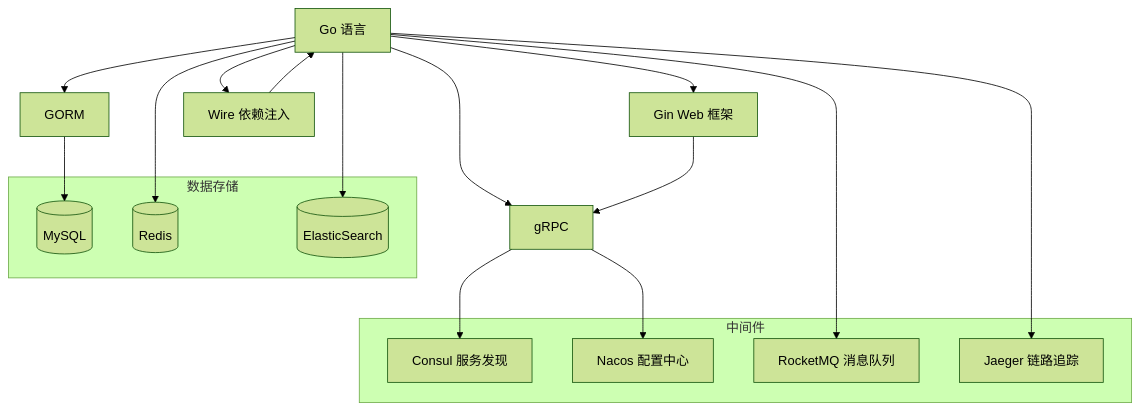
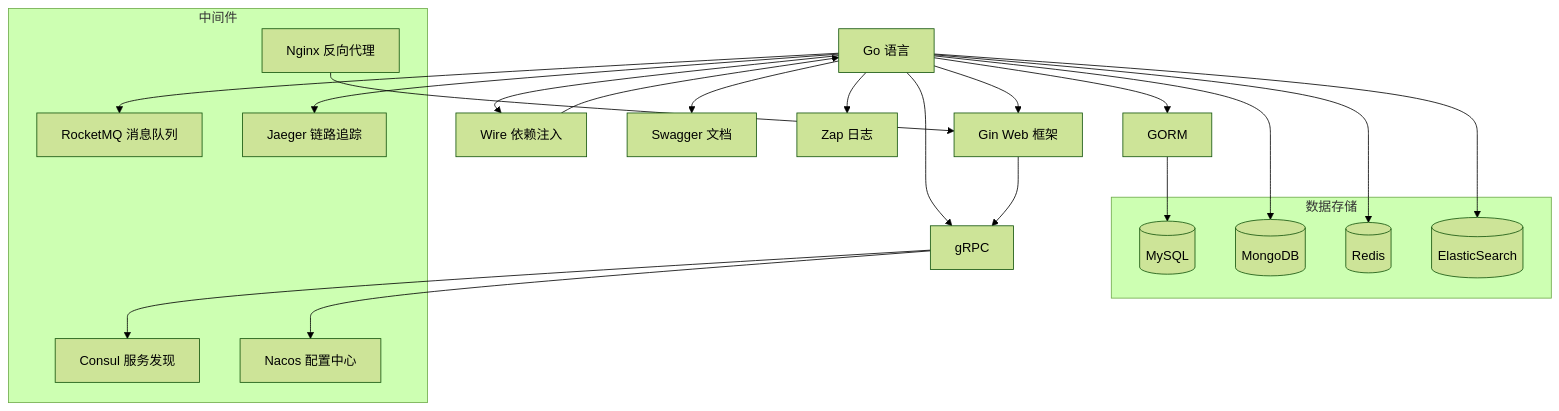
One commit to DercyCheng/shop changed the fourth of 4 diagrams in README.md. Above: the diagram before and after it, drawn with Mermaid (forest theme). The commit also changed other lines of this file and 356 other files, not shown here.

````diff
--- a/README.md
+++ b/README.md
@@ -111,30 +227,36 @@
 ```mermaid
 graph TD
     Go[Go 语言] --> GRPC[gRPC]
     Go --> Gin[Gin Web 框架]
     Go --> GORM[GORM]
     Go --> Wire[Wire 依赖注入]
+    Go --> Swagger[Swagger 文档]
+    Go --> Zap[Zap 日志]
   
     subgraph 数据存储
         MySQL[(MySQL)]
+        MongoDB[(MongoDB)]
         Redis[(Redis)]
         ES[(ElasticSearch)]
     end
   
     subgraph 中间件
         Consul[Consul 服务发现]
         Nacos[Nacos 配置中心]
         RocketMQ[RocketMQ 消息队列]
         Jaeger[Jaeger 链路追踪]
+        Nginx[Nginx 反向代理]
     end
   
     GRPC --> Consul
     GRPC --> Nacos
     Gin --> GRPC
     GORM --> MySQL
+    Go --> MongoDB
     Go --> Redis
     Go --> ES
     Go --> RocketMQ
     Go --> Jaeger
     Wire --> Go
+    Nginx --> Gin
 ```
````
